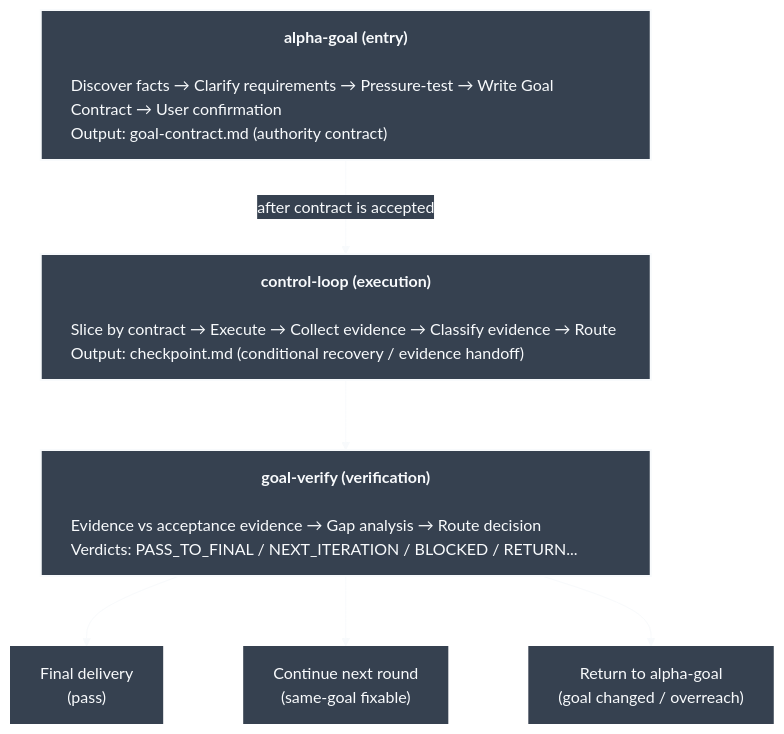
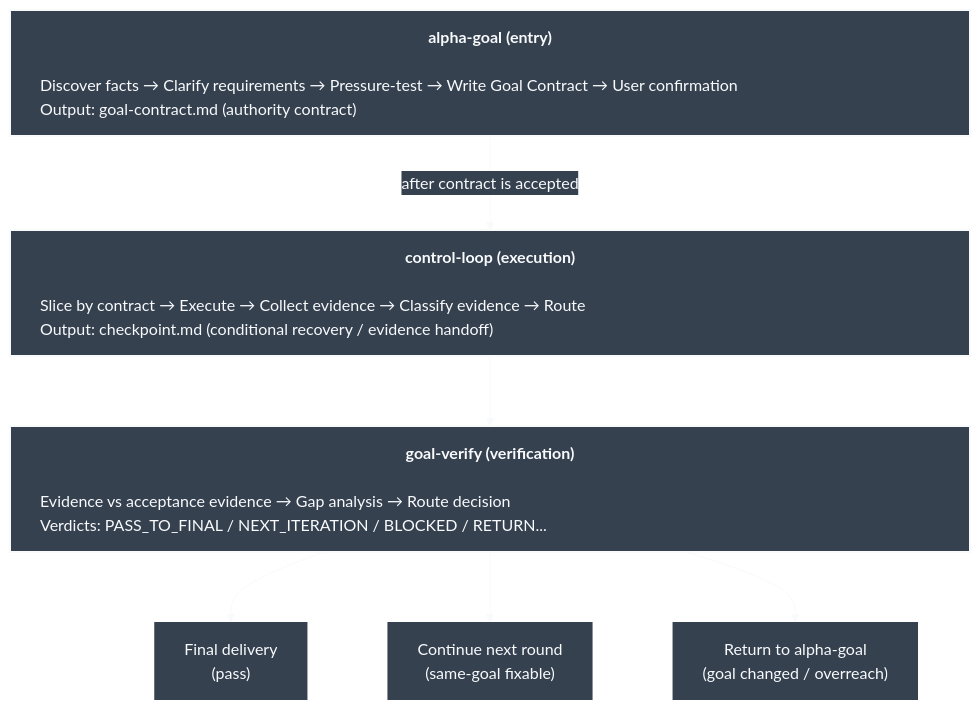
Before and after one commit to azhonglee/alpha-goal: the diagram in README.en.md, drawn with Mermaid. The commit also changed other lines of this file and 1 other file, not shown here.

````diff
--- a/README.en.md
+++ b/README.en.md
@@ -42,18 +42,18 @@
 ```mermaid
-%%{init: {"theme":"base","flowchart":{"wrappingWidth":500,"nodeSpacing":80,"rankSpacing":70,"htmlLabels":true},"markdownAutoWrap":false,"themeVariables":{"background":"#364150","primaryColor":"#364150","primaryTextColor":"#f8fafc","primaryBorderColor":"#f8fafc","lineColor":"#f8fafc","edgeLabelBackground":"#364150","fontFamily":"ui-monospace, SFMono-Regular, Menlo, Monaco, Consolas, monospace"}}}%%
+%%{init: {"theme":"base","flowchart":{"wrappingWidth":900,"nodeSpacing":80,"rankSpacing":70,"htmlLabels":true},"markdownAutoWrap":false,"themeVariables":{"background":"#364150","primaryColor":"#364150","primaryTextColor":"#f8fafc","primaryBorderColor":"#f8fafc","lineColor":"#f8fafc","edgeLabelBackground":"#364150","fontFamily":"ui-monospace, SFMono-Regular, Menlo, Monaco, Consolas, monospace"}}}%%
 flowchart TD
-  AG["<div align='center'><strong>alpha-goal (entry)</strong></div><div align='left' style='width:550px'><br/>Discover facts → Clarify requirements → Pressure-test → Write Goal Contract → User confirmation<br/>Output: goal-contract.md (authority contract)</div>"]
-  CL["<div align='center'><strong>control-loop (execution)</strong></div><div align='left' style='width:550px'><br/>Slice by contract → Execute → Collect evidence → Classify evidence → Route<br/>Output: checkpoint.md (conditional recovery / evidence handoff)</div>"]
-  GV["<div align='center'><strong>goal-verify (verification)</strong></div><div align='left' style='width:550px'><br/>Evidence vs acceptance evidence → Gap analysis → Route decision<br/>Verdicts: PASS_TO_FINAL / NEXT_ITERATION / BLOCKED / RETURN...</div>"]
+  AG["<div align='center'><strong>alpha-goal (entry)</strong></div><div align='left' style='width:900px'><br/>Discover facts → Clarify requirements → Pressure-test → Write Goal Contract → User confirmation<br/>Output: goal-contract.md (authority contract)</div>"]
+  CL["<div align='center'><strong>control-loop (execution)</strong></div><div align='left' style='width:900px'><br/>Slice by contract → Execute → Collect evidence → Classify evidence → Route<br/>Output: checkpoint.md (conditional recovery / evidence handoff)</div>"]
+  GV["<div align='center'><strong>goal-verify (verification)</strong></div><div align='left' style='width:900px'><br/>Evidence vs acceptance evidence → Gap analysis → Route decision<br/>Verdicts: PASS_TO_FINAL / NEXT_ITERATION / BLOCKED / RETURN...</div>"]
 
   AG -->|"after contract is accepted"| CL
   CL --> GV
   GV --> Pass["Final delivery<br/>(pass)"]
   GV --> Next["Continue next round<br/>(same-goal fixable)"]
   GV --> Return["Return to alpha-goal<br/>(goal changed / overreach)"]
 
   classDef stage fill:#364150,stroke:#f8fafc,color:#f8fafc,stroke-width:2px;
   classDef route fill:#364150,stroke:#364150,color:#f8fafc,stroke-width:0px;
   class AG,CL,GV stage;
   class Pass,Next,Return route;
 ```
````
